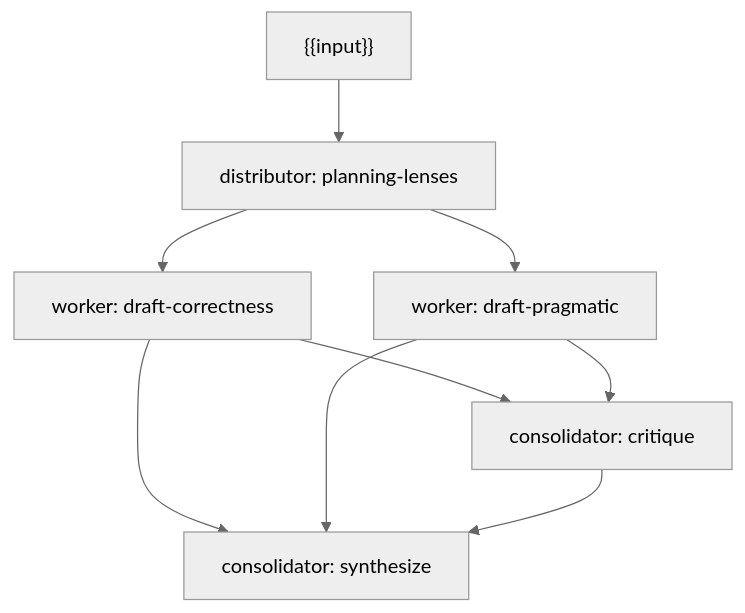
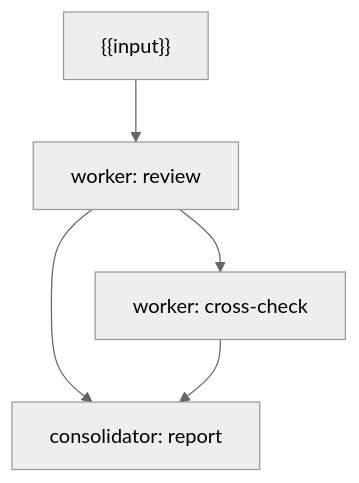
The third of 5 diagrams in docs/workflow-examples.md (nilsonsfj/steamtrain), drawn with Mermaid (neutral theme) before and after one commit. The commit also changed other lines of this file and 21 other files, not shown here.

````diff
--- a/docs/workflow-examples.md
+++ b/docs/workflow-examples.md
@@ -171,18 +168,12 @@
 ```mermaid
 flowchart TB
   input["{{input}}"]
-  lenses["distributor: planning-lenses"]
-  d1["worker: draft-correctness"]
-  d2["worker: draft-pragmatic"]
-  critique["consolidator: critique"]
-  synth["consolidator: synthesize"]
+  review["worker: review"]
+  cross["worker: cross-check"]
+  report["consolidator: report"]
 
-  input --> lenses
-  lenses --> d1
-  lenses --> d2
-  d1 --> critique
-  d2 --> critique
-  d1 --> synth
-  d2 --> synth
-  critique --> synth
+  input --> review
+  review --> cross
+  review --> report
+  cross --> report
 ```
````
